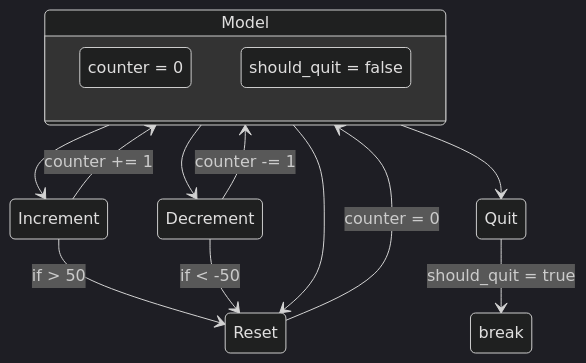
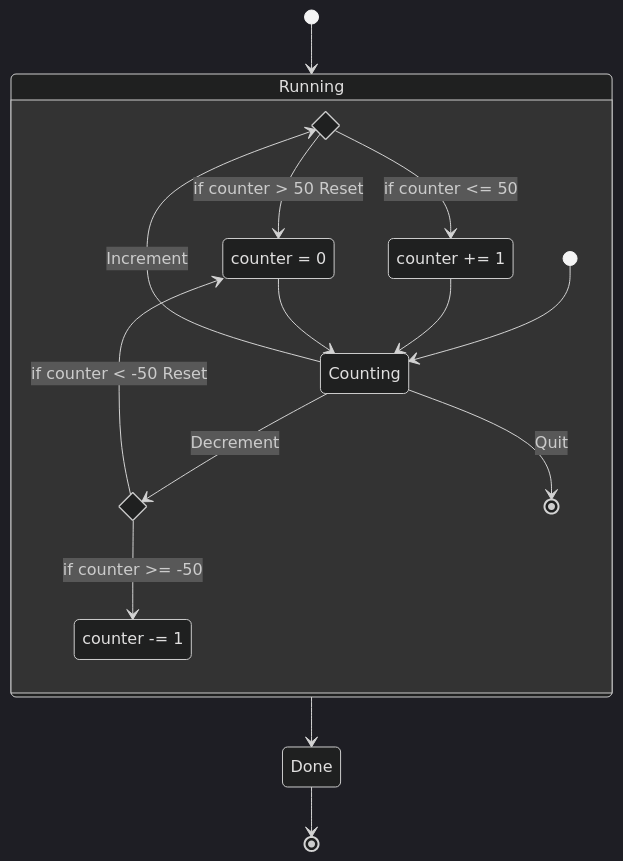
One commit to ratatui/ratatui-website changed the second of 2 diagrams in src/content/docs/concepts/application-patterns/the-elm-architecture.md. Above: the diagram before and after it, drawn with Mermaid (dark theme). The commit also changed 1 other file, not shown here.

Commit message:
Tweak TEA state diagram
Fixes https://github.com/ratatui-org/ratatui-website/issues/633

````diff
--- a/src/content/docs/concepts/application-patterns/the-elm-architecture.md
+++ b/src/content/docs/concepts/application-patterns/the-elm-architecture.md
@@ -153,22 +153,24 @@
 ```mermaid
 stateDiagram-v2
-    state Model {
-        counter : counter = 0
-        should_quit : should_quit = false
+    [*] --> Running
+    state Running {
+        state Increment <<choice>>
+        state Decrement <<choice>>
+        [*] --> Counting
+        Counting --> Increment: Increment
+        Increment --> Reset: if counter > 50 Reset
+        Increment --> Up: if counter <= 50
+        Up: counter += 1
+        Up --> Counting
+        Counting --> Decrement: Decrement
+        Decrement --> Down: if counter >= -50
+        Down: counter -= 1
+        Decrement --> Reset: if counter < -50 Reset
+
+        Reset: counter = 0
+        Reset --> Counting
+        Counting --> [*]: Quit
     }
-
-    Model --> Increment
-    Model --> Decrement
-    Model --> Reset
-    Model --> Quit
-
-    Increment --> Model: counter += 1
-    Increment --> Reset: if > 50
-
-    Decrement --> Model: counter -= 1
-    Decrement --> Reset: if < -50
-
-    Reset --> Model: counter = 0
-
-    Quit --> break: should_quit = true
+    Running --> Done
+    Done --> [*]
 ```
````
